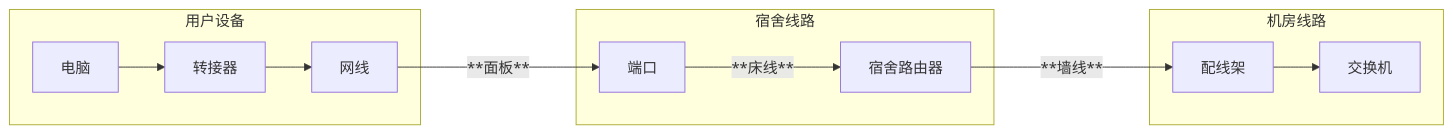
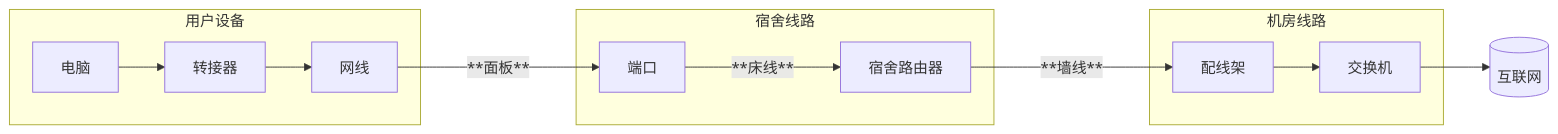
Before and after one commit to ZSCNetSupportDept/website: the first of 3 diagrams in docs/wiki/03-技能/02-网络相关/对线.md, drawn with Mermaid. The commit also changed other lines of this file and 1 other file, not shown here.

Commit message:
增加了对线和学校的网络结构的图表说明

````diff
--- a/docs/wiki/03-技能/02-网络相关/对线.md
+++ b/docs/wiki/03-技能/02-网络相关/对线.md
@@ -13,14 +13,15 @@
 ```mermaid
 
 graph LR
     subgraph 用户设备
     电脑-->转接器-->网线;
     end
     subgraph  宿舍线路 
     网线--**面板**--->端口--**床线**--->宿舍路由器;
     end
     subgraph 机房线路
     宿舍路由器--**墙线**--->配线架-->交换机;
     end
-    
+   交换机-->yys[(互联网)]
+   
 ```
````
